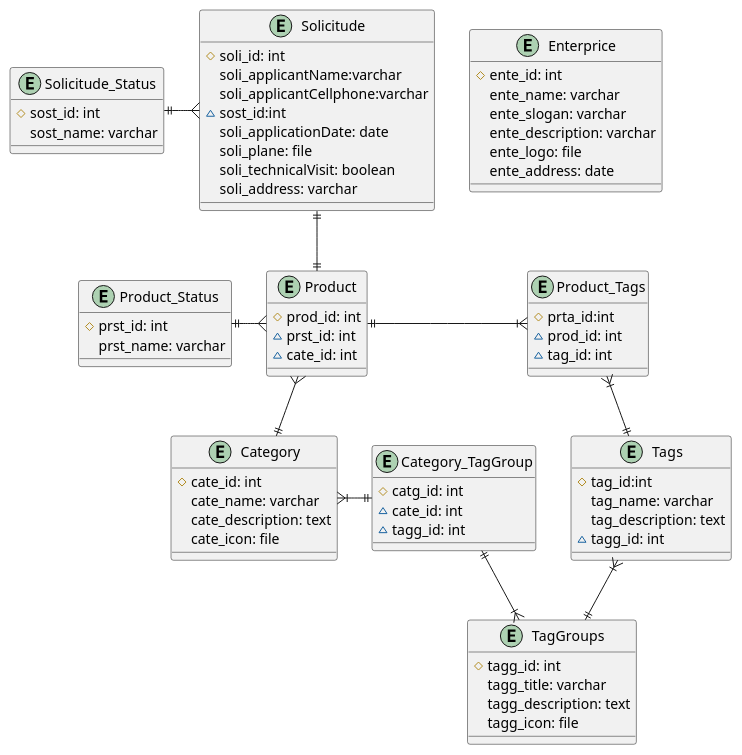
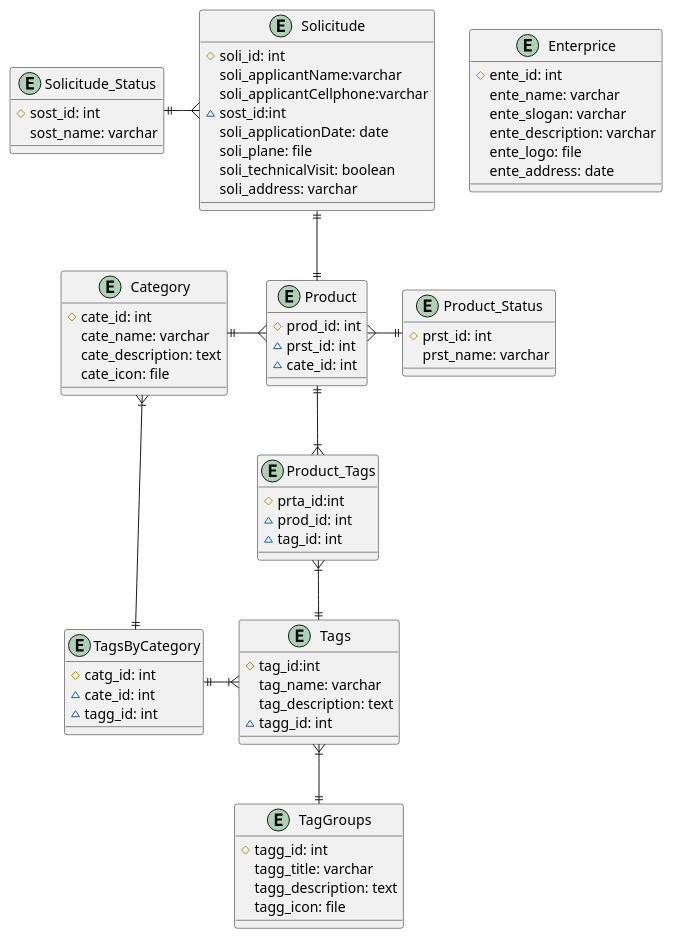
One commit to Los-Waza/MetalK_Documentation changed the diagram in ModeloDeDatos/metalK_dataModelBD.puml. Above: the diagram before and after it, drawn with PlantUML. The commit also changed 1 other file, not shown here.

```diff
--- a/ModeloDeDatos/metalK_dataModelBD.puml
+++ b/ModeloDeDatos/metalK_dataModelBD.puml
@@ -1,87 +1,87 @@
 @startuml MetalK_DataModel
     skinparam linestyle orto
 
     entity soli as "Solicitude"{
         # soli_id: int
         soli_applicantName:varchar
         soli_applicantCellphone:varchar
         ~ sost_id:int
         soli_applicationDate: date
         soli_plane: file
         soli_technicalVisit: boolean
         soli_address: varchar
     }
 
     entity sost as "Solicitude_Status"{
         # sost_id: int
         sost_name: varchar
     }
 
     entity prod as "Product"{
         # prod_id: int
         ~ prst_id: int
         ~ cate_id: int
     }
 
     
     entity prst as "Product_Status"{
         # prst_id: int
         prst_name: varchar
     }
 
     
     entity prta as "Product_Tags"{
         # prta_id:int
         ~ prod_id: int
         ~ tag_id: int
     }
 
     entity cate as "Category" {   
         # cate_id: int
         cate_name: varchar
         cate_description: text
         cate_icon: file
     }
 
     
     entity tagg as "TagGroups" {   
         # tagg_id: int
         tagg_title: varchar
         tagg_description: text
         tagg_icon: file
     }
 
-    entity catg as "Category_TagGroup" {   
+    entity taca as "TagsByCategory" {   
         # catg_id: int
         ~ cate_id: int
         ~ tagg_id: int
     }
 
     entity tags as "Tags" {   
         # tag_id:int
         tag_name: varchar
         tag_description: text
         ~ tagg_id: int
     }
 
     entity ente as "Enterprice"{
         # ente_id: int
         ente_name: varchar
         ente_slogan: varchar
         ente_description: varchar
         ente_logo: file
         ente_address: date
     }
 
 
     prod ||-up-|| soli
-    prod }-down-|| cate
+    prod }-left-|| cate
     tags }|--|| tagg
-    cate }|-left-|| catg
-    catg ||--|{ tagg
-    prod }-left-|| prst
+    cate }|-down-|| taca
+    taca ||-right-|{ tags
+    prod }-right-|| prst
     soli }-left-|| sost
-    prod ||-right-|{ prta
+    prod ||-down-|{ prta
     tags ||-up-|{ prta
     
 @enduml
```
